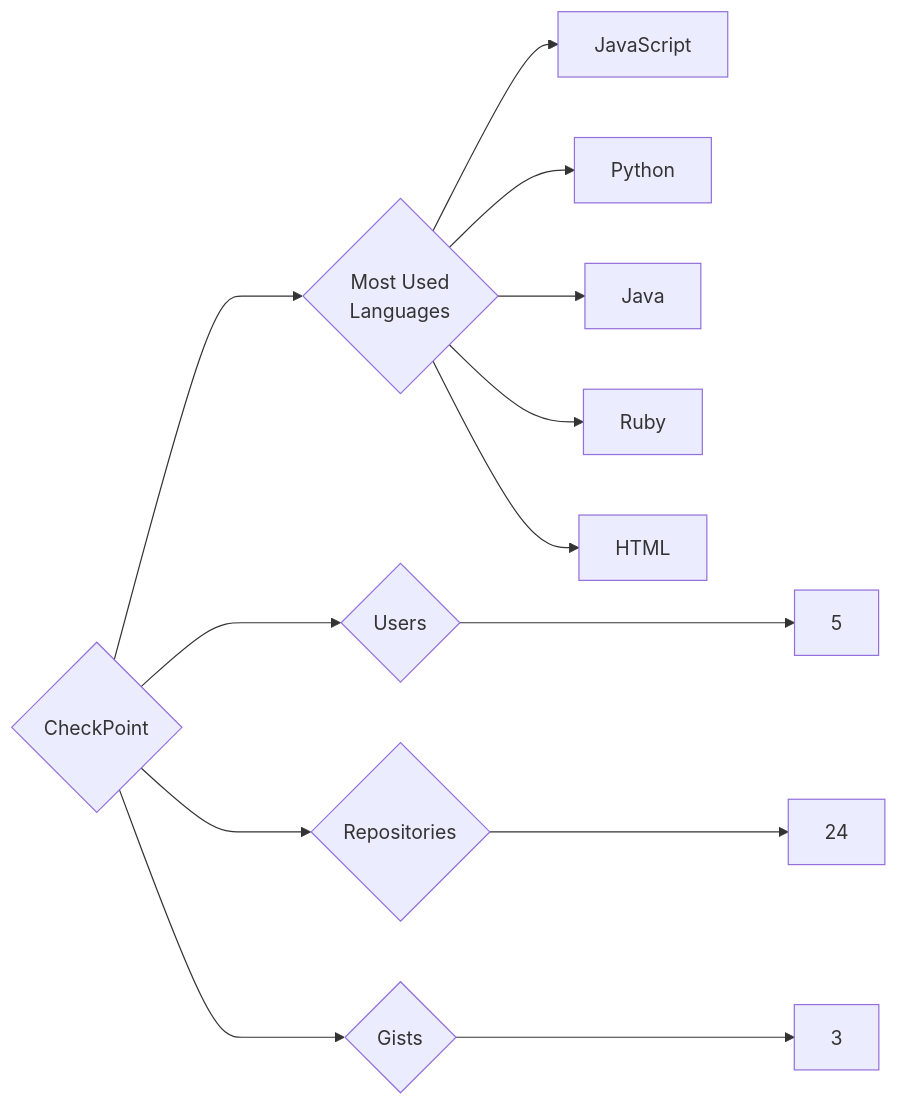
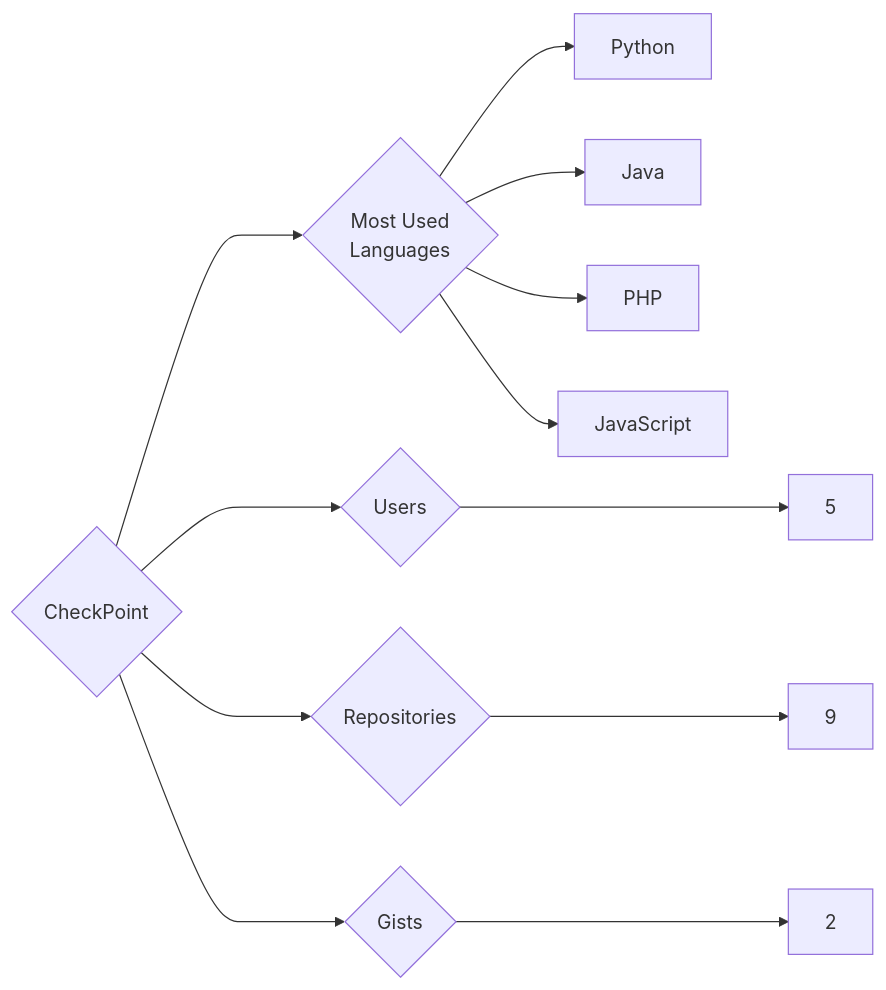
The diagram in targets/CheckPoint/README.md (trickest/insiders), drawn with Mermaid before and after one commit. The commit also changed 914 other files, not shown here.

````diff
--- a/targets/CheckPoint/README.md
+++ b/targets/CheckPoint/README.md
@@ -3,13 +3,12 @@
 ```mermaid
 graph LR
 COMPANY_NAME{CheckPoint}
 COMPANY_NAME ---> U{Users} ---> UN[5]
-COMPANY_NAME ---> R{Repositories} ---> RN[24]
-COMPANY_NAME ---> G{Gists} ---> GN[3]
+COMPANY_NAME ---> R{Repositories} ---> RN[9]
+COMPANY_NAME ---> G{Gists} ---> GN[2]
 COMPANY_NAME ---> ML{Most Used<br>Languages}
-ML --> JavaScript[JavaScript]
 ML --> Python[Python]
 ML --> Java[Java]
-ML --> Ruby[Ruby]
-ML --> HTML[HTML]
+ML --> PHP[PHP]
+ML --> JavaScript[JavaScript]
 ```
````
